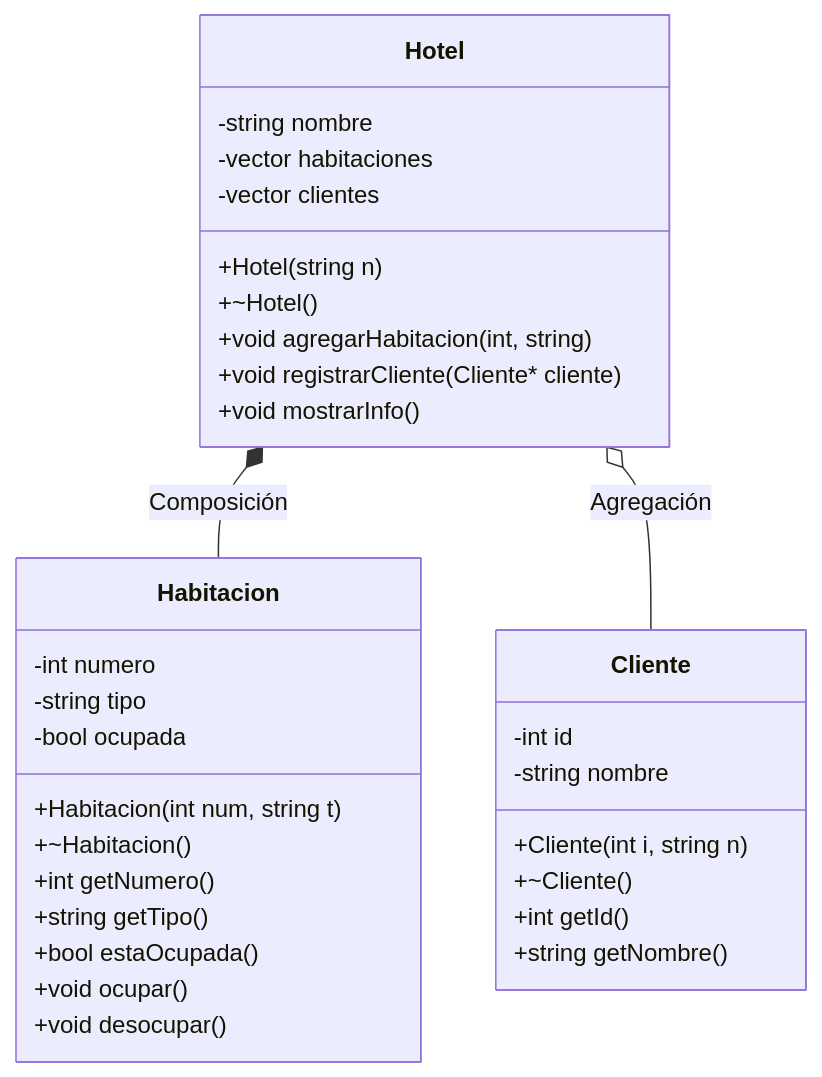
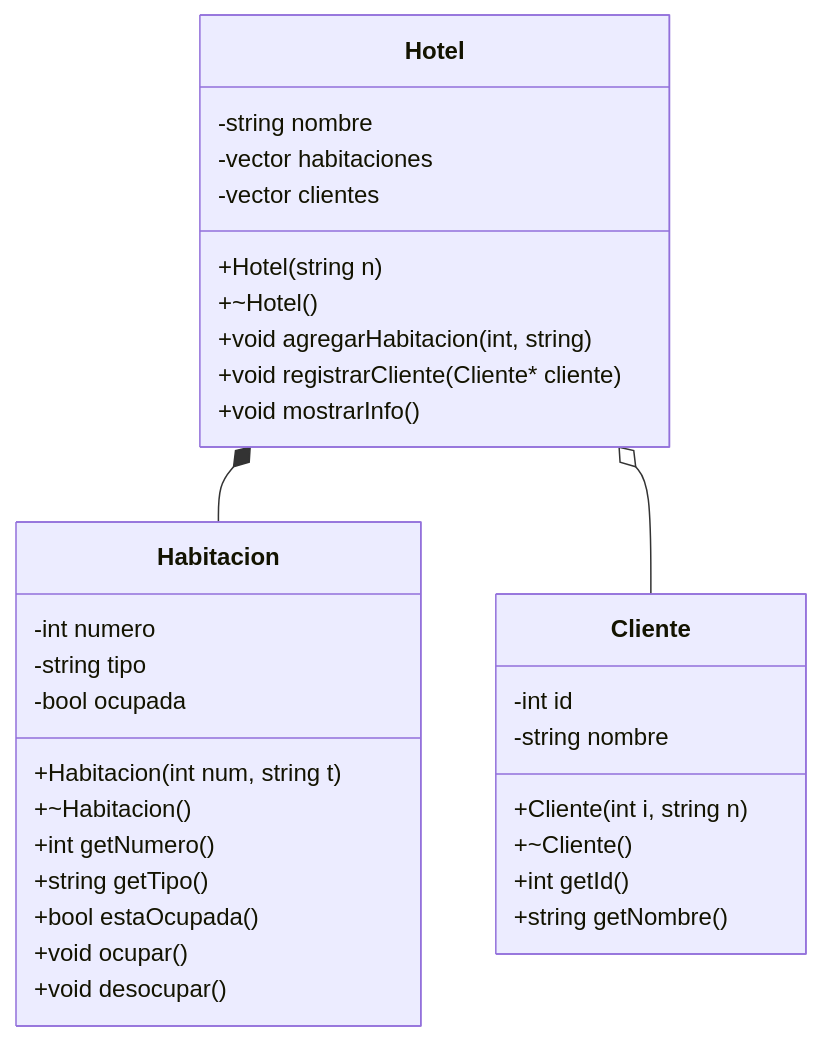
The diagram in ejercicio1Hotel.md (JuanEspinosa-design/ejerciciosUML), drawn with Mermaid before and after one commit.

````diff
--- a/ejercicio1Hotel.md
+++ b/ejercicio1Hotel.md
@@ -1,39 +1,39 @@
 ```mermaid
 classDiagram
 
     class Hotel {
         -string nombre
         -vector<Habitacion> habitaciones
         -vector<Cliente*> clientes
         +Hotel(string n)
         +~Hotel()
         +void agregarHabitacion(int, string)
         +void registrarCliente(Cliente* cliente)
         +void mostrarInfo()
     }
 
     class Habitacion {
         -int numero
         -string tipo
         -bool ocupada
         +Habitacion(int num, string t)
         +~Habitacion()
         +int getNumero() 
         +string getTipo() 
         +bool estaOcupada() 
         +void ocupar()
         +void desocupar()
     }
 
     class Cliente {
         -int id
         -string nombre
         +Cliente(int i, string n)
         +~Cliente()
         +int getId()
         +string getNombre()
     }
 
-    Hotel *-- Habitacion : Composición
-    Hotel o-- Cliente : Agregación
+    Hotel *-- Habitacion
+    Hotel o-- Cliente
 ```
````
